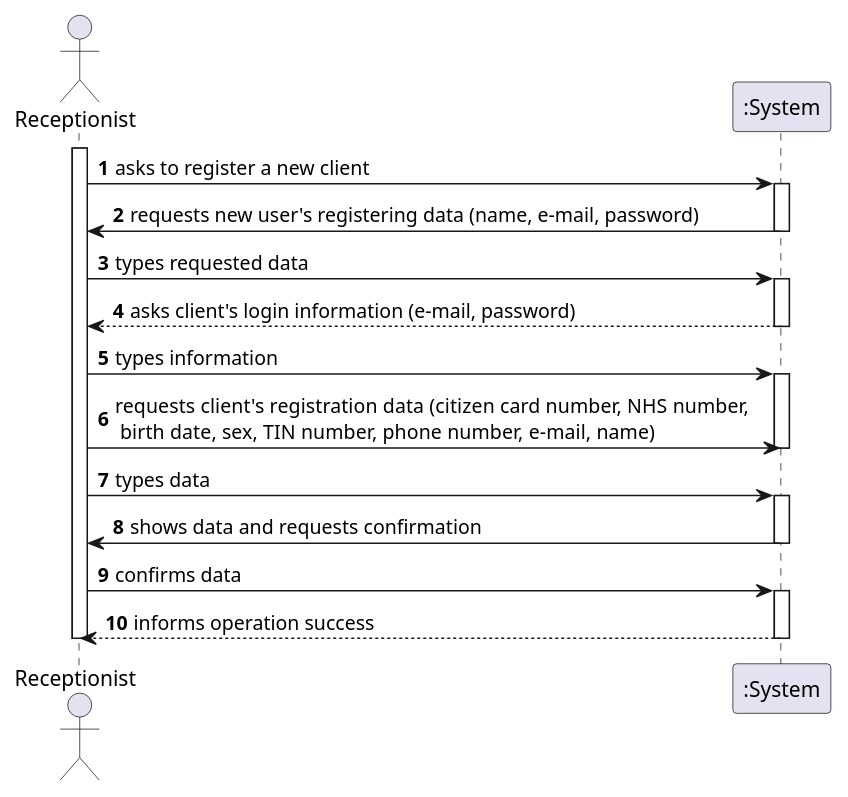
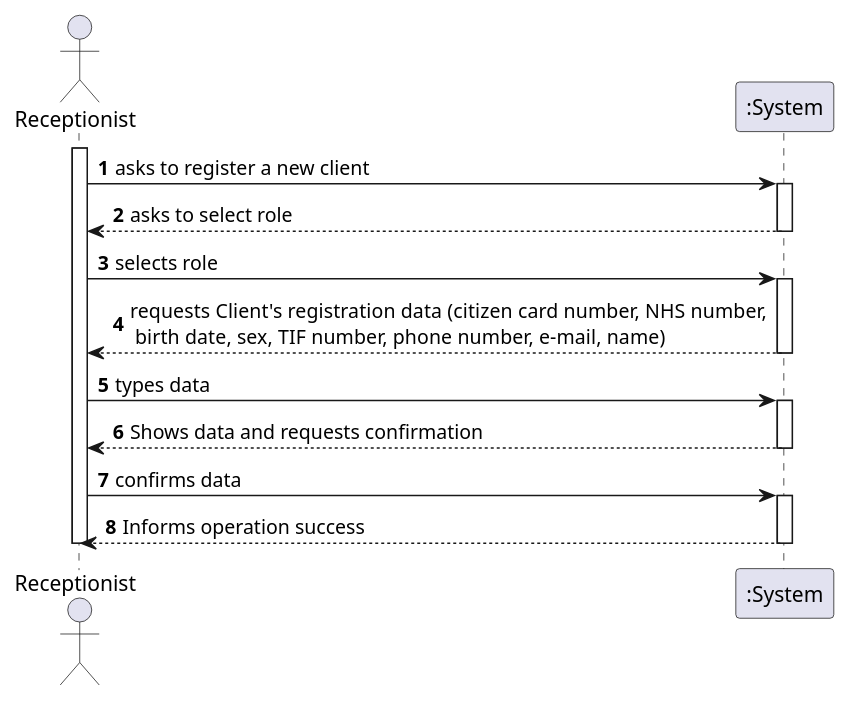
The diagram in docs/SprintB/US03/US3_SSD.puml (MarianaCLages/LAPR2), drawn with PlantUML before and after one commit. The commit also changed 1 other file, not shown here.

```diff
--- a/docs/SprintB/US03/US3_SSD.puml
+++ b/docs/SprintB/US03/US3_SSD.puml
@@ -1,30 +1,26 @@
 @startuml
-'https://plantuml.com/sequence-diagram
-
 autonumber
 
-actor "Receptionist" as R
+actor Receptionist as R
 participant ":System" as S
+
 activate R
 R -> S: asks to register a new client
 activate S
-R <- S: requests new user's registering data (name, e-mail, password)
+S --> R: asks to select role
 deactivate S
-R -> S: types requested data
+R -> S: selects role
 activate S
-S --> R: asks client's login information (e-mail, password)
-deactivate S
-R -> S: types information
-activate S
-R -> S: requests client's registration data (citizen card number, NHS number,\n birth date, sex, TIN number, phone number, e-mail, name)
+S --> R: requests Client's registration data (citizen card number, NHS number,\n birth date, sex, TIF number, phone number, e-mail, name)
 deactivate S
 R -> S: types data
 activate S
-S -> R: shows data and requests confirmation
+R <-- S: Shows data and requests confirmation
 deactivate S
 R -> S: confirms data
 activate S
-S --> R : informs operation success
+S --> R : Informs operation success
 deactivate S
 deactivate R
+
 @enduml
```
